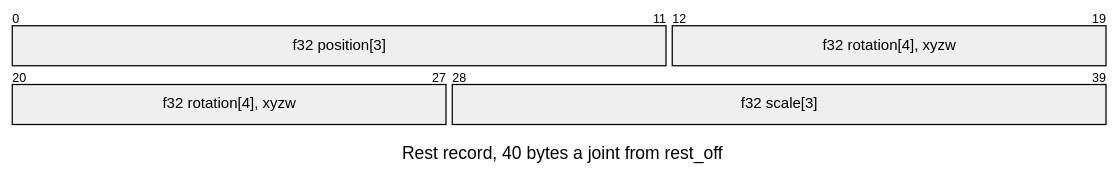
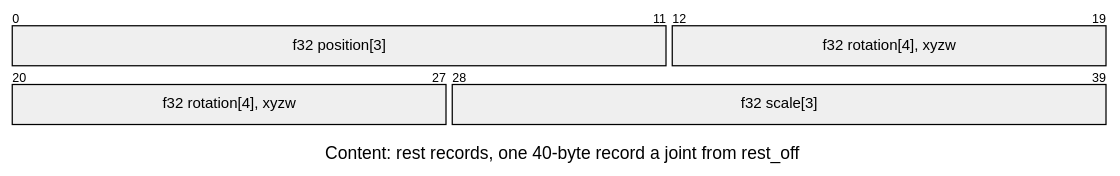
The fourth of 9 diagrams in docs/render/Skeleton-and-Skin.md (jose-villegas/autana), drawn with Mermaid before and after one commit. The commit also changed other lines of this file, not shown here.

Commit message:
docs: Skeleton-and-Skin labels each layout as header, registry or content

````diff
--- a/docs/render/Skeleton-and-Skin.md
+++ b/docs/render/Skeleton-and-Skin.md
@@ -123,13 +134,13 @@
 ```mermaid
 ---
 config:
   packet:
     bitsPerRow: 20
     bitWidth: 44
 ---
 packet-beta
-title Rest record, 40 bytes a joint from rest_off
+title Content: rest records, one 40-byte record a joint from rest_off
 0-11: "f32 position[3]"
 12-27: "f32 rotation[4], xyzw"
 28-39: "f32 scale[3]"
 ```
````
